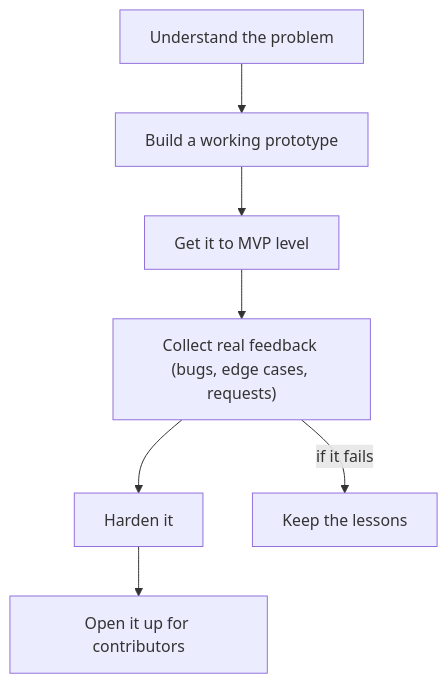
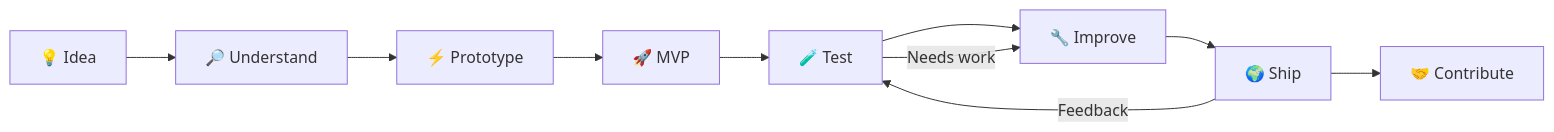
One commit to udaycodespace/udaycodespace changed the second of 2 diagrams in README.md. Above: the diagram before and after it, drawn with Mermaid. The commit also changed other lines of this file, not shown here.

````diff
--- a/README.md
+++ b/README.md
@@ -124,9 +344,23 @@
 ```mermaid
-flowchart TD
-    A["Understand the problem"] --> B["Build a working prototype"]
-    B --> C["Get it to MVP level"]
-    C --> D["Collect real feedback (bugs, edge cases, requests)"]
-    D --> E["Harden it"]
-    E --> F["Open it up for contributors"]
-    D -->|if it fails| G["Keep the lessons"]
+flowchart LR
+
+    A["💡 Idea"]
+    B["🔎 Understand"]
+    C["⚡ Prototype"]
+    D["🚀 MVP"]
+    E["🧪 Test"]
+    F["🔧 Improve"]
+    G["🌍 Ship"]
+    H["🤝 Contribute"]
+
+    A --> B
+    B --> C
+    C --> D
+    D --> E
+    E --> F
+    F --> G
+    G --> H
+
+    E -->|Needs work| F
+    G -->|Feedback| E
 ```
````
